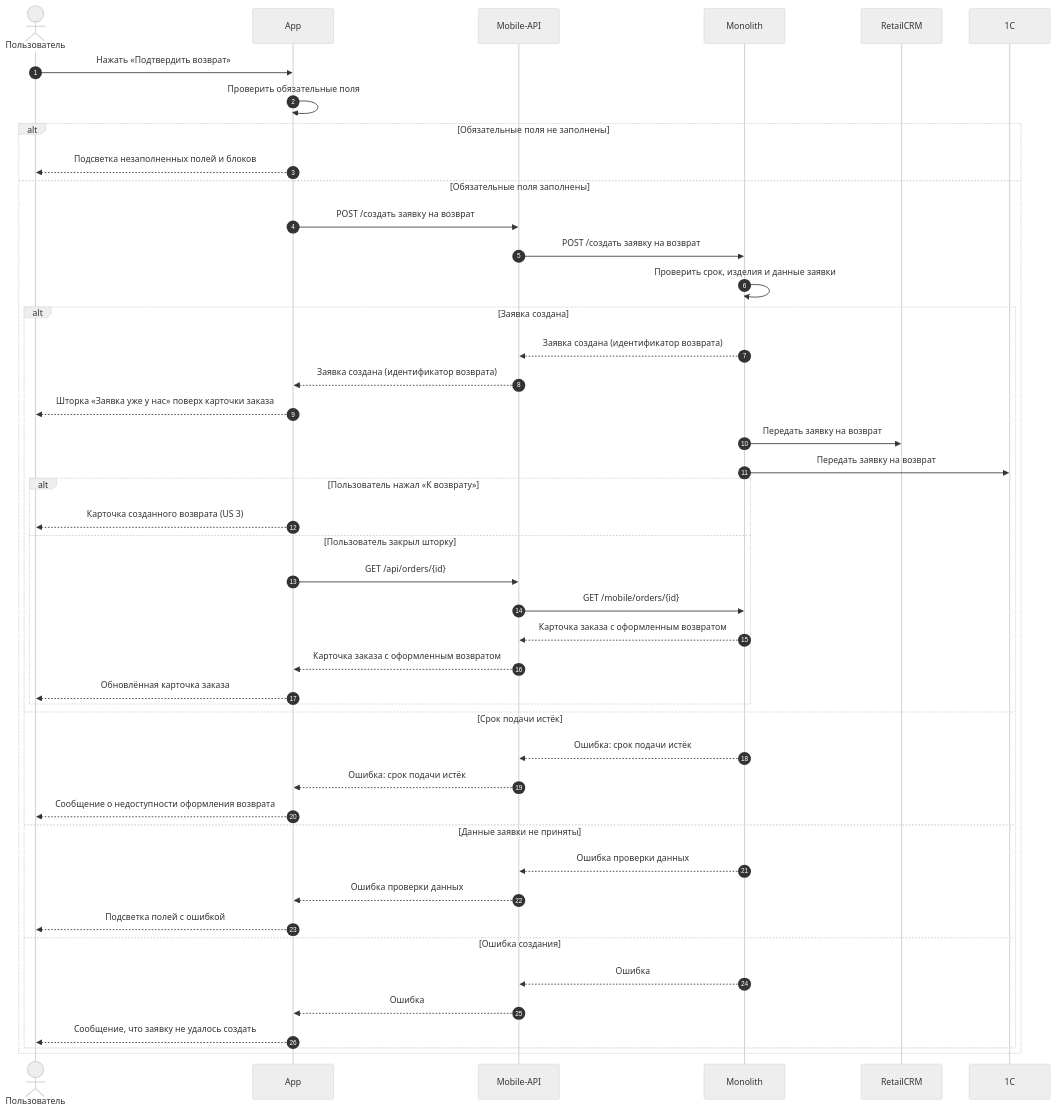
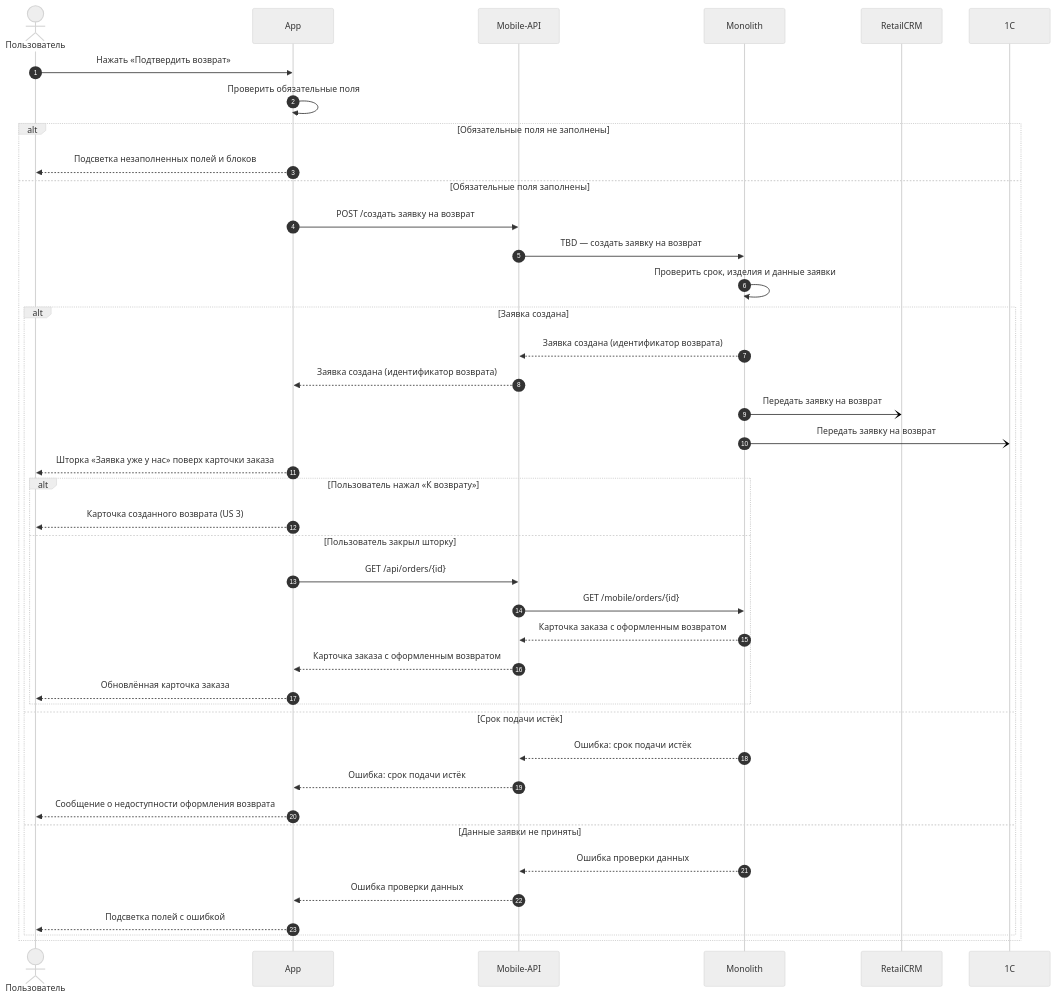
Before and after one commit to Terinss155/opencode-agents-analysis: diagram 16 of 21 in projects/returns-2.0/requirements/srs/srs-mobile-mvp.md, drawn with Mermaid (neutral theme). The commit also changed other lines of this file and 4 other files, not shown here.

````diff
--- a/projects/returns-2.0/requirements/srs/srs-mobile-mvp.md
+++ b/projects/returns-2.0/requirements/srs/srs-mobile-mvp.md
@@ -840,48 +881,44 @@
 ```mermaid
 sequenceDiagram
     autonumber
     actor U as Пользователь
     participant APP as App
     participant API as Mobile-API
     participant MON as Monolith
     participant RCRM as RetailCRM
     participant ONEC as 1C
 
     U->>APP: Нажать «Подтвердить возврат»
     APP->>APP: Проверить обязательные поля
     alt Обязательные поля не заполнены
         APP-->>U: Подсветка незаполненных полей и блоков
     else Обязательные поля заполнены
         APP->>API: POST /создать заявку на возврат
-        API->>MON: POST /создать заявку на возврат
+        API->>MON: TBD — создать заявку на возврат
         MON->>MON: Проверить срок, изделия и данные заявки
         alt Заявка создана
             MON-->>API: Заявка создана (идентификатор возврата)
             API-->>APP: Заявка создана (идентификатор возврата)
+            MON-)RCRM: Передать заявку на возврат
+            MON-)ONEC: Передать заявку на возврат
             APP-->>U: Шторка «Заявка уже у нас» поверх карточки заказа
-            MON->>RCRM: Передать заявку на возврат
-            MON->>ONEC: Передать заявку на возврат
             alt Пользователь нажал «К возврату»
                 APP-->>U: Карточка созданного возврата (US 3)
             else Пользователь закрыл шторку
                 APP->>API: GET /api/orders/{id}
                 API->>MON: GET /mobile/orders/{id}
                 MON-->>API: Карточка заказа с оформленным возвратом
                 API-->>APP: Карточка заказа с оформленным возвратом
                 APP-->>U: Обновлённая карточка заказа
             end
         else Срок подачи истёк
             MON-->>API: Ошибка: срок подачи истёк
             API-->>APP: Ошибка: срок подачи истёк
             APP-->>U: Сообщение о недоступности оформления возврата
         else Данные заявки не приняты
             MON-->>API: Ошибка проверки данных
             API-->>APP: Ошибка проверки данных
             APP-->>U: Подсветка полей с ошибкой
-        else Ошибка создания
-            MON-->>API: Ошибка
-            API-->>APP: Ошибка
-            APP-->>U: Сообщение, что заявку не удалось создать
         end
     end
 ```
````
